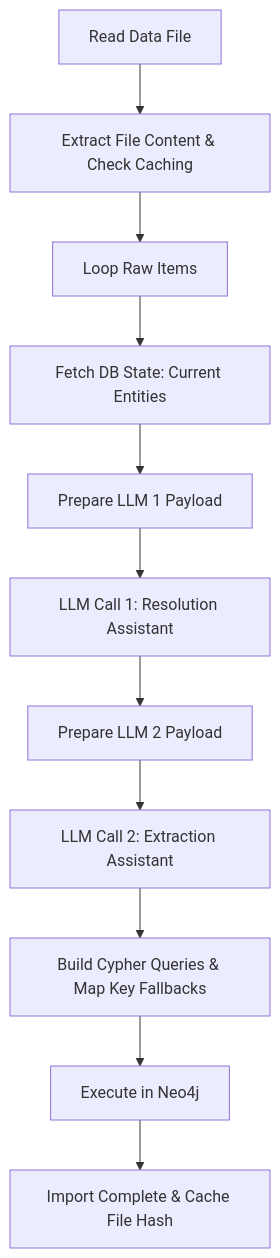
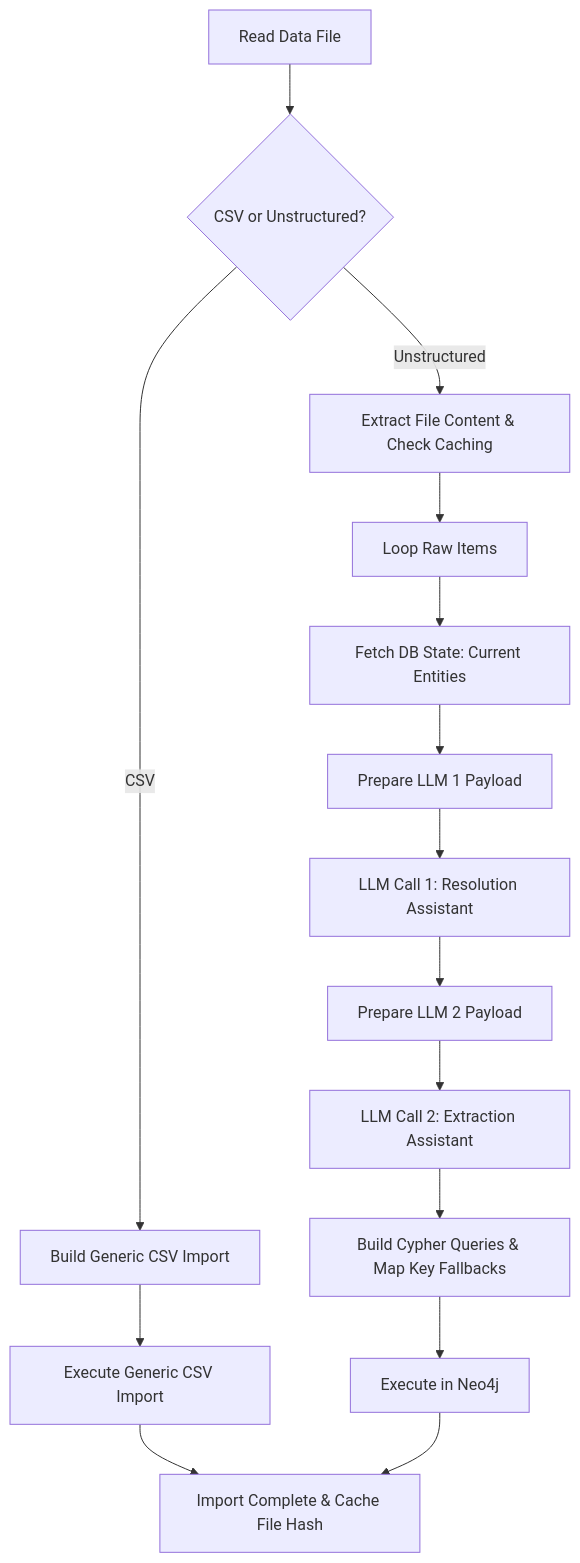
One commit to duyhhoang/ai-agents-in-practice changed the diagram in n8n-workflows/01_DATA_INGESTION_GUIDE.md. Above: the diagram before and after it, drawn with Mermaid. The commit also changed other lines of this file and 1 other file, not shown here.

````diff
--- a/n8n-workflows/01_DATA_INGESTION_GUIDE.md
+++ b/n8n-workflows/01_DATA_INGESTION_GUIDE.md
@@ -12,13 +14,19 @@
 ```mermaid
 flowchart TD
-    Read[Read Data File] --> Ext[Extract File Content & Check Caching]
+    Read[Read Data File] --> Route{CSV or Unstructured?}
+    
+    Route -->|CSV| CSV_Build[Build Generic CSV Import]
+    CSV_Build --> CSV_Exec[Execute Generic CSV Import]
+    CSV_Exec --> Mark[Import Complete & Cache File Hash]
+    
+    Route -->|Unstructured| Ext[Extract File Content & Check Caching]
     Ext --> Loop[Loop Raw Items]
     Loop --> Fetch[Fetch DB State: Current Entities]
     Fetch --> Prep1[Prepare LLM 1 Payload]
     Prep1 --> LLM1[LLM Call 1: Resolution Assistant]
     LLM1 --> Prep2[Prepare LLM 2 Payload]
     Prep2 --> LLM2[LLM Call 2: Extraction Assistant]
     LLM2 --> Cypher[Build Cypher Queries & Map Key Fallbacks]
     Cypher --> Execute[Execute in Neo4j]
-    Execute --> Mark[Import Complete & Cache File Hash]
+    Execute --> Mark
 ```
````
